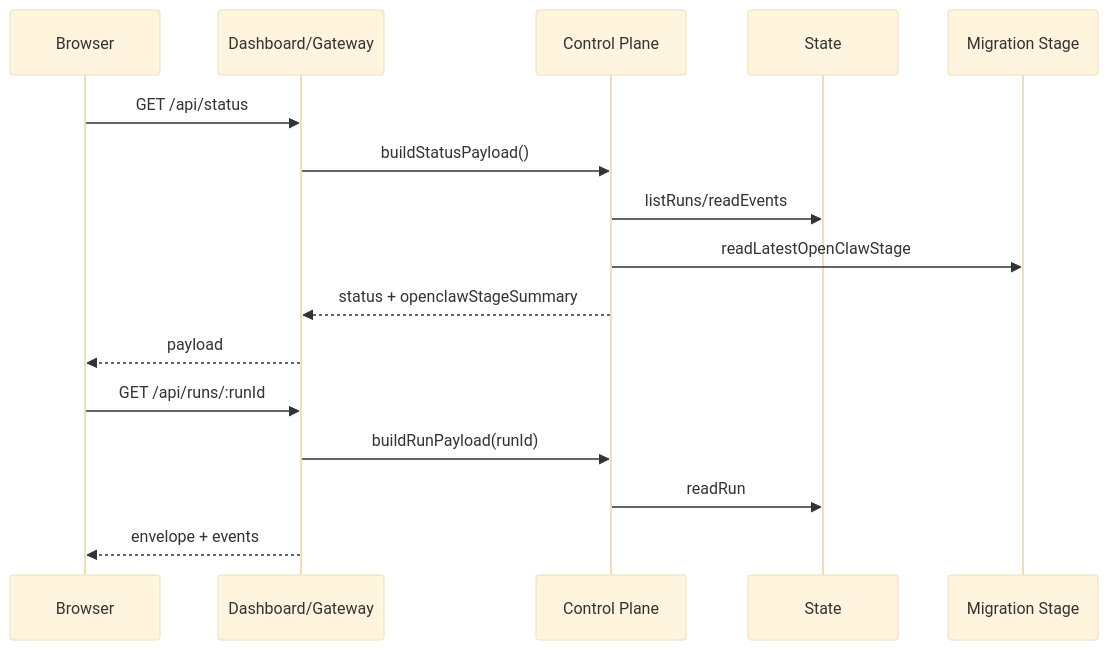
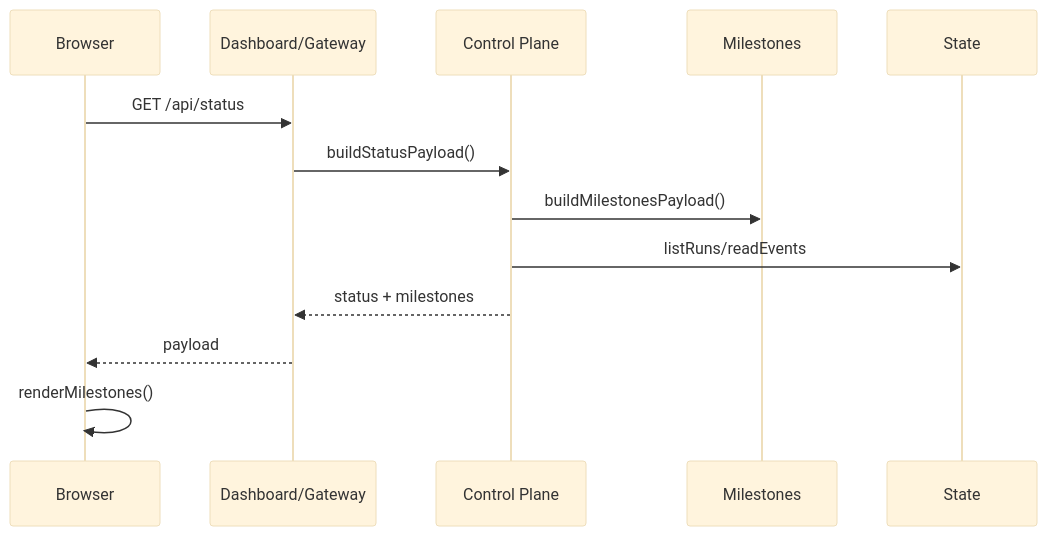
Before and after one commit to mayf3/myclaw: the fourth of 8 diagrams in docs/implementation-architecture.md, drawn with Mermaid (base theme). The commit also changed other lines of this file and 29 other files, not shown here.

````diff
--- a/docs/implementation-architecture.md
+++ b/docs/implementation-architecture.md
@@ -132,19 +136,16 @@
 ```mermaid
 sequenceDiagram
   participant B as Browser
   participant D as Dashboard/Gateway
   participant C as Control Plane
+  participant M as Milestones
   participant S as State
-  participant M as Migration Stage
 
   B->>D: GET /api/status
   D->>C: buildStatusPayload()
+  C->>M: buildMilestonesPayload()
   C->>S: listRuns/readEvents
-  C->>M: readLatestOpenClawStage
-  C-->>D: status + openclawStageSummary
+  C-->>D: status + milestones
   D-->>B: payload
-  B->>D: GET /api/runs/:runId
-  D->>C: buildRunPayload(runId)
-  C->>S: readRun
-  D-->>B: envelope + events
+  B->>B: renderMilestones()
 ```
````
